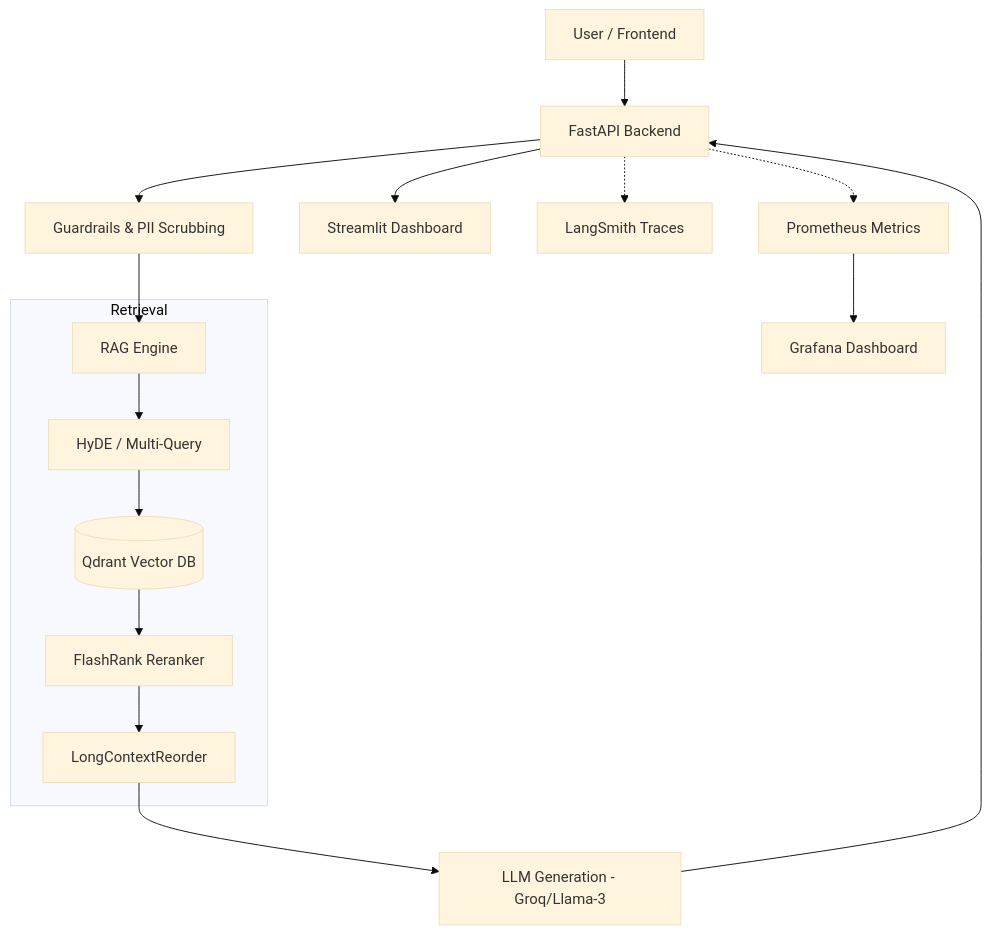
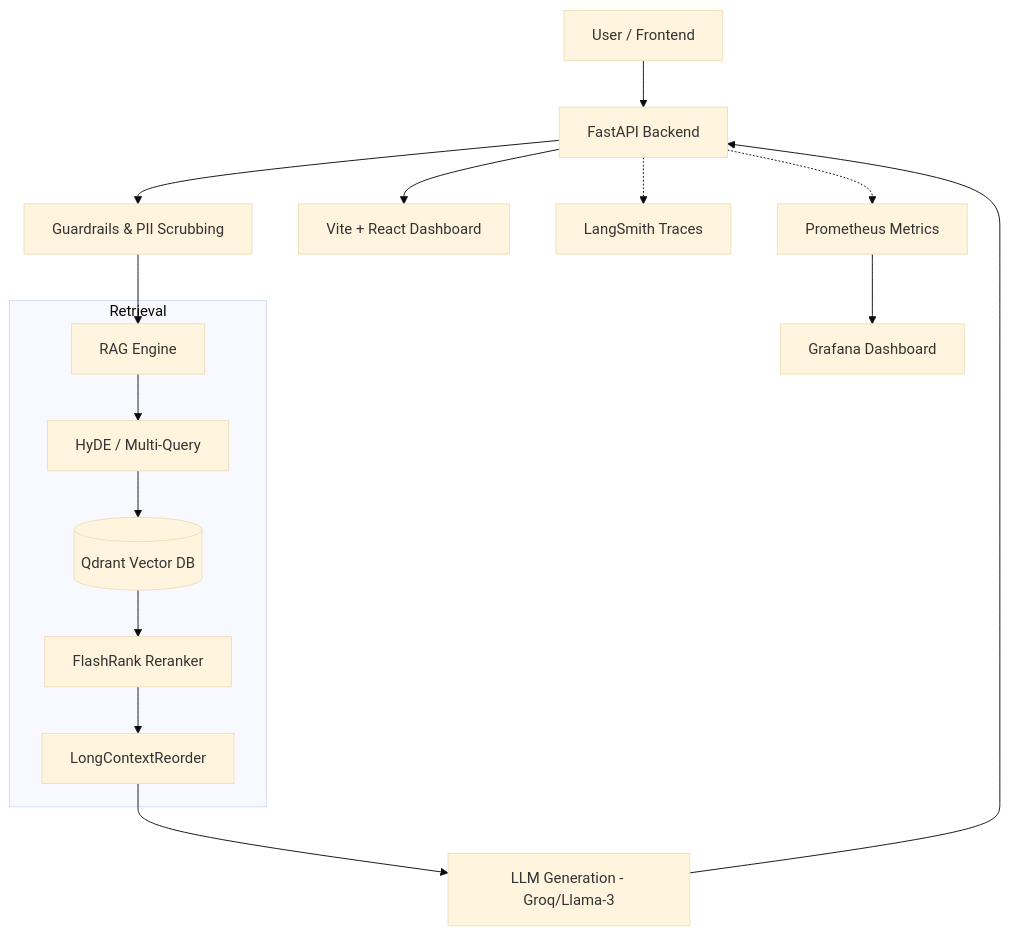
One commit to Suryanshsaraf/RAG-with-RBAC-GuardRails-and-Monitoring changed the diagram in README.md. Above: the diagram before and after it, drawn with Mermaid (base theme). The commit also changed other lines of this file and 12 other files, not shown here.

Commit message:
chore: remove deprecated streamlit frontend and modernize project architecture with Vite+React

````diff
--- a/README.md
+++ b/README.md
@@ -50,21 +52,21 @@
 ```mermaid
 graph TD
     User[User / Frontend] --> API[FastAPI Backend]
     API --> Guard[Guardrails & PII Scrubbing]
     Guard --> Engine[RAG Engine]
     
     subgraph Retrieval
         Engine --> Expansion[HyDE / Multi-Query]
         Expansion --> Qdrant[(Qdrant Vector DB)]
         Qdrant --> Rerank[FlashRank Reranker]
         Rerank --> Reorder[LongContextReorder]
     end
     
     Reorder --> LLM[LLM Generation - Groq/Llama-3]
     LLM --> API
-    API --> UI[Streamlit Dashboard]
+    API --> UI[Vite + React Dashboard]
     
     API -.-> LangSmith[LangSmith Traces]
     API -.-> Prom[Prometheus Metrics]
     Prom --> Grafana[Grafana Dashboard]
 ```
````
